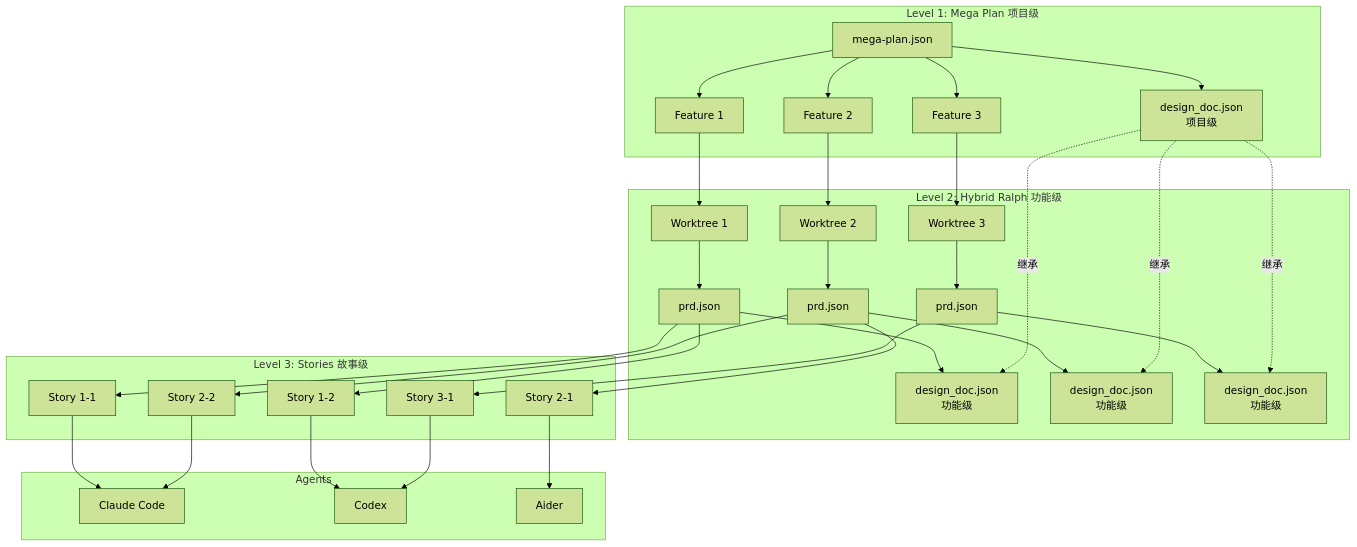
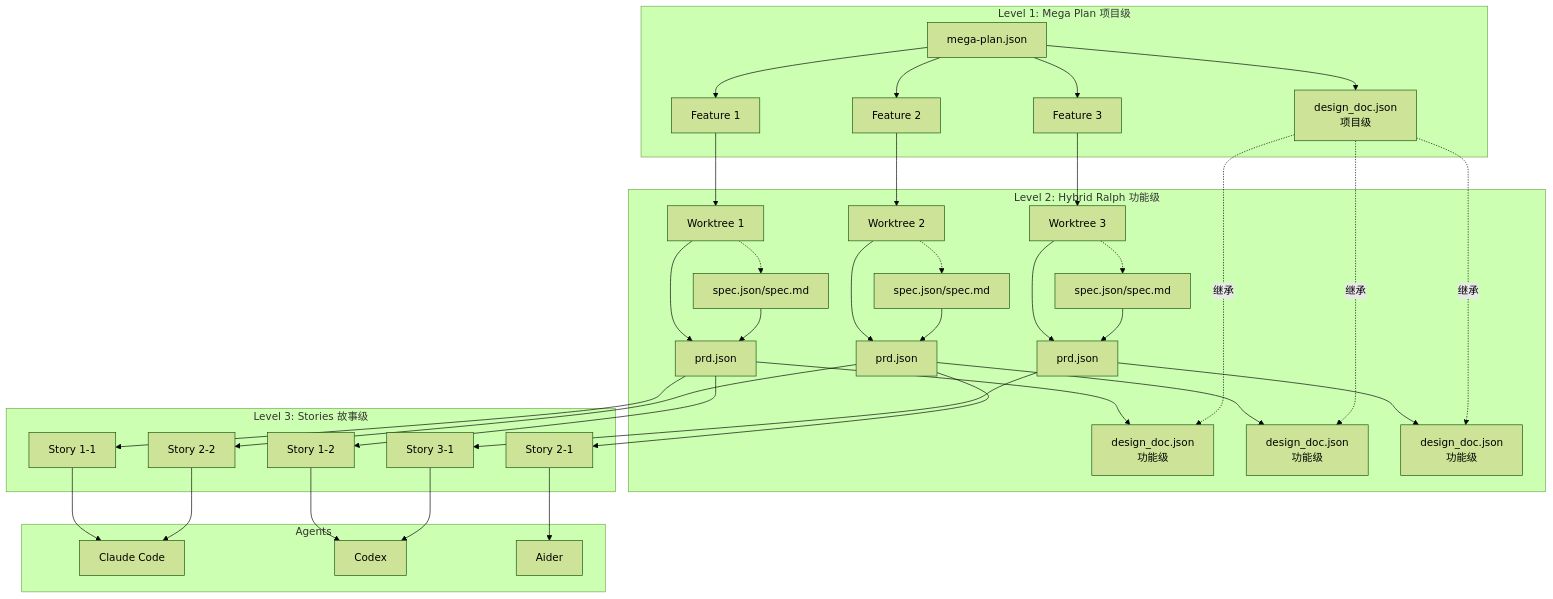
One commit to Taoidle/plan-cascade changed the first of 19 diagrams in docs/System-Architecture_zh.md. Above: the diagram before and after it, drawn with Mermaid (forest theme). The commit also changed other lines of this file and 47 other files, not shown here.

````diff
--- a/docs/System-Architecture_zh.md
+++ b/docs/System-Architecture_zh.md
@@ -33,41 +36,47 @@
 ```mermaid
 graph TB
     subgraph "Level 1: Mega Plan 项目级"
         MP[mega-plan.json] --> DD1[design_doc.json<br/>项目级]
         MP --> F1[Feature 1]
         MP --> F2[Feature 2]
         MP --> F3[Feature 3]
     end
 
     subgraph "Level 2: Hybrid Ralph 功能级"
         F1 --> W1[Worktree 1]
         F2 --> W2[Worktree 2]
         F3 --> W3[Worktree 3]
+        W1 -.-> SPEC1[spec.json/spec.md]
+        W2 -.-> SPEC2[spec.json/spec.md]
+        W3 -.-> SPEC3[spec.json/spec.md]
         W1 --> PRD1[prd.json]
         W2 --> PRD2[prd.json]
         W3 --> PRD3[prd.json]
+        SPEC1 --> PRD1
+        SPEC2 --> PRD2
+        SPEC3 --> PRD3
         PRD1 --> DD2[design_doc.json<br/>功能级]
         PRD2 --> DD3[design_doc.json<br/>功能级]
         PRD3 --> DD4[design_doc.json<br/>功能级]
     end
 
     subgraph "Level 3: Stories 故事级"
         PRD1 --> S1[Story 1-1]
         PRD1 --> S2[Story 1-2]
         PRD2 --> S3[Story 2-1]
         PRD2 --> S4[Story 2-2]
         PRD3 --> S5[Story 3-1]
     end
 
     subgraph "Agents"
         S1 --> A1[Claude Code]
         S2 --> A2[Codex]
         S3 --> A3[Aider]
         S4 --> A1
         S5 --> A2
     end
 
     DD1 -.->|继承| DD2
     DD1 -.->|继承| DD3
     DD1 -.->|继承| DD4
 ```
````
